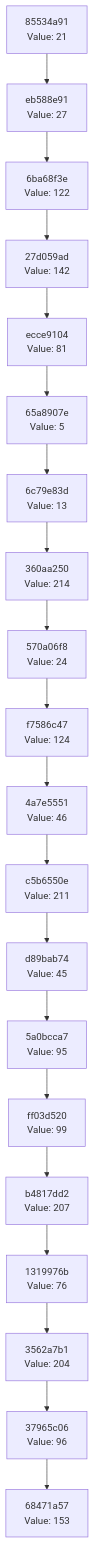
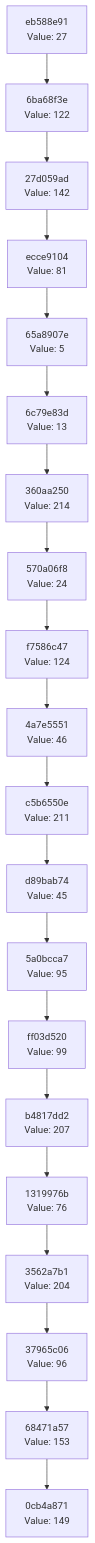
Before and after one commit to Abhisheksinha1506/hash-chain-evolver: the diagram in docs/CHAIN_VISUALIZATION.md, drawn with Mermaid. The commit also changed 2 other files, not shown here.

Commit message:
Evolution Step

````diff
--- a/docs/CHAIN_VISUALIZATION.md
+++ b/docs/CHAIN_VISUALIZATION.md
@@ -3,42 +3,42 @@
 ```mermaid
 graph TD
-    C0["68471a57<br/>Value: 153"]
-    C1["37965c06<br/>Value: 96"]
+    C0["0cb4a871<br/>Value: 149"]
+    C1["68471a57<br/>Value: 153"]
     C1 --> C0
-    C2["3562a7b1<br/>Value: 204"]
+    C2["37965c06<br/>Value: 96"]
     C2 --> C1
-    C3["1319976b<br/>Value: 76"]
+    C3["3562a7b1<br/>Value: 204"]
     C3 --> C2
-    C4["b4817dd2<br/>Value: 207"]
+    C4["1319976b<br/>Value: 76"]
     C4 --> C3
-    C5["ff03d520<br/>Value: 99"]
+    C5["b4817dd2<br/>Value: 207"]
     C5 --> C4
-    C6["5a0bcca7<br/>Value: 95"]
+    C6["ff03d520<br/>Value: 99"]
     C6 --> C5
-    C7["d89bab74<br/>Value: 45"]
+    C7["5a0bcca7<br/>Value: 95"]
     C7 --> C6
-    C8["c5b6550e<br/>Value: 211"]
+    C8["d89bab74<br/>Value: 45"]
     C8 --> C7
-    C9["4a7e5551<br/>Value: 46"]
+    C9["c5b6550e<br/>Value: 211"]
     C9 --> C8
-    C10["f7586c47<br/>Value: 124"]
+    C10["4a7e5551<br/>Value: 46"]
     C10 --> C9
-    C11["570a06f8<br/>Value: 24"]
+    C11["f7586c47<br/>Value: 124"]
     C11 --> C10
-    C12["360aa250<br/>Value: 214"]
+    C12["570a06f8<br/>Value: 24"]
     C12 --> C11
-    C13["6c79e83d<br/>Value: 13"]
+    C13["360aa250<br/>Value: 214"]
     C13 --> C12
-    C14["65a8907e<br/>Value: 5"]
+    C14["6c79e83d<br/>Value: 13"]
     C14 --> C13
-    C15["ecce9104<br/>Value: 81"]
+    C15["65a8907e<br/>Value: 5"]
     C15 --> C14
-    C16["27d059ad<br/>Value: 142"]
+    C16["ecce9104<br/>Value: 81"]
     C16 --> C15
-    C17["6ba68f3e<br/>Value: 122"]
+    C17["27d059ad<br/>Value: 142"]
     C17 --> C16
-    C18["eb588e91<br/>Value: 27"]
+    C18["6ba68f3e<br/>Value: 122"]
     C18 --> C17
-    C19["85534a91<br/>Value: 21"]
+    C19["eb588e91<br/>Value: 27"]
     C19 --> C18
 ```
````
